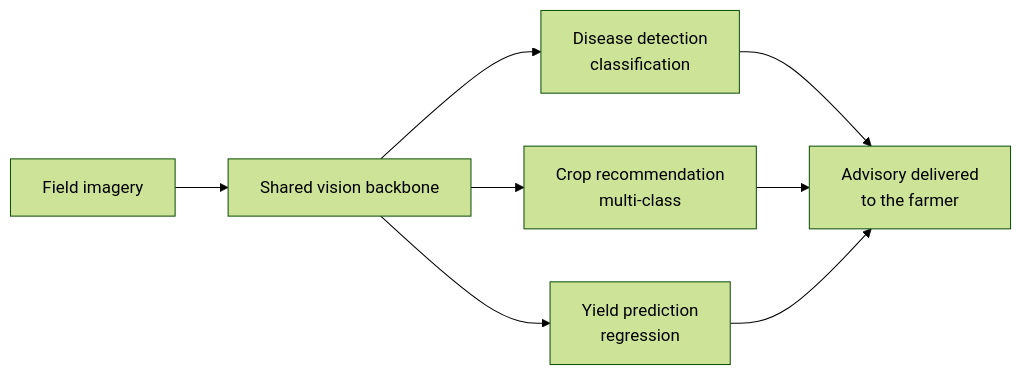
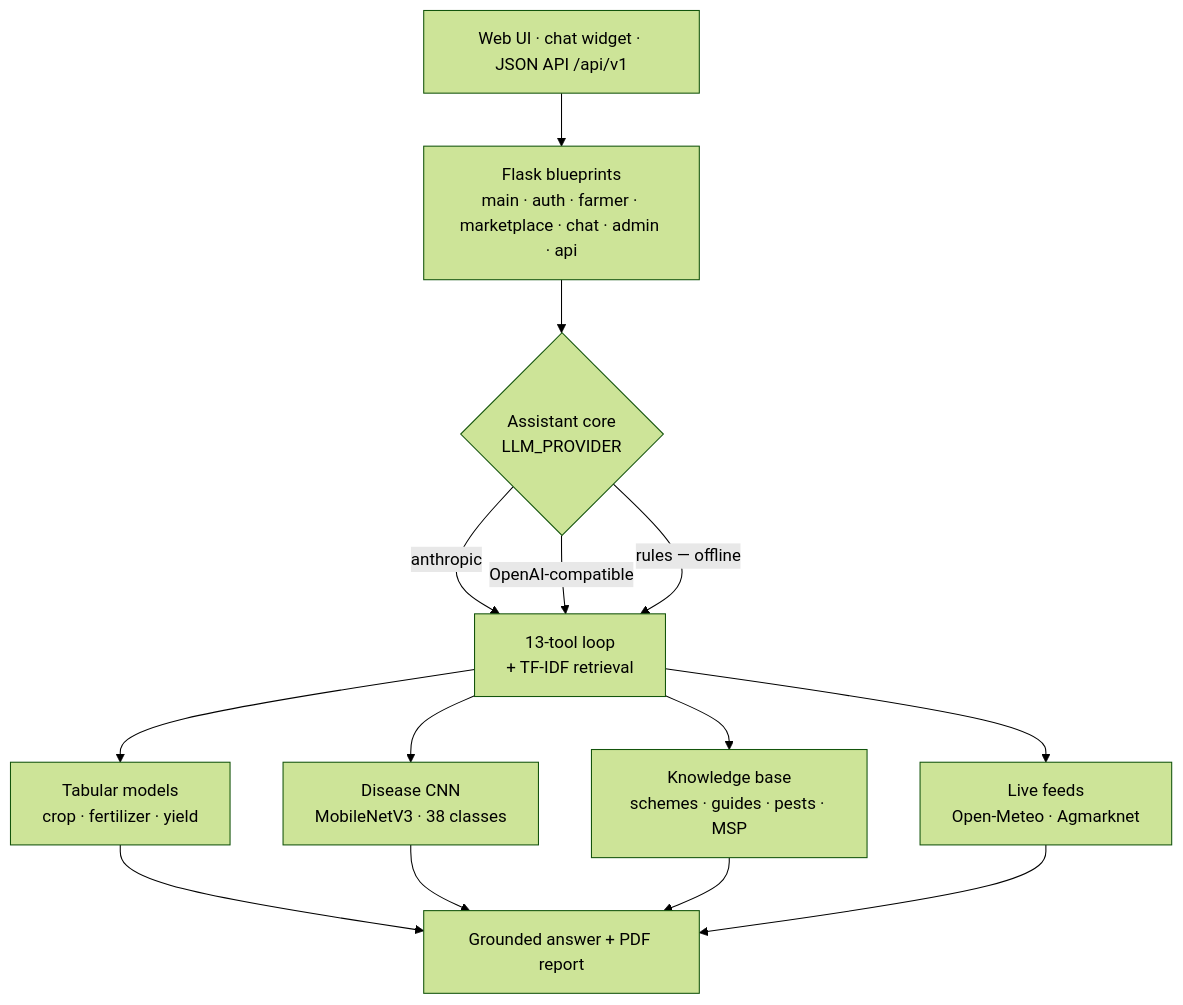
The fourth of 4 diagrams in README.md (shivpratapsinghpanwar/shivpratapsinghpanwar), drawn with Mermaid (forest theme) before and after one commit. The commit also changed other lines of this file, not shown here.

````diff
--- a/README.md
+++ b/README.md
@@ -134,8 +135,13 @@
 ```mermaid
-graph LR
-    A["Field imagery"] --> B["Shared vision backbone"]
-    B --> C["Disease detection<br/>classification"]
-    B --> D["Crop recommendation<br/>multi-class"]
-    B --> E["Yield prediction<br/>regression"]
-    C & D & E --> F["Advisory delivered<br/>to the farmer"]
+graph TD
+    A["Web UI · chat widget · JSON API /api/v1"] --> B["Flask blueprints<br/>main · auth · farmer · marketplace · chat · admin · api"]
+    B --> C{"Assistant core<br/>LLM_PROVIDER"}
+    C -->|anthropic| D["13-tool loop<br/>+ TF-IDF retrieval"]
+    C -->|OpenAI-compatible| D
+    C -->|rules — offline| D
+    D --> E["Tabular models<br/>crop · fertilizer · yield"]
+    D --> F["Disease CNN<br/>MobileNetV3 · 38 classes"]
+    D --> G["Knowledge base<br/>schemes · guides · pests · MSP"]
+    D --> H["Live feeds<br/>Open-Meteo · Agmarknet"]
+    E & F & G & H --> I["Grounded answer + PDF report"]
 ```
````
